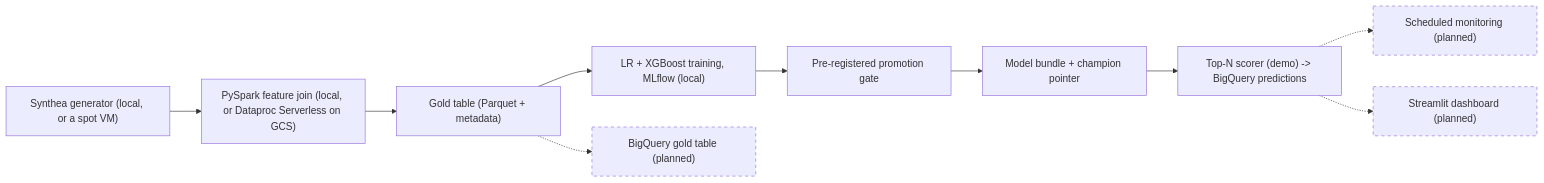
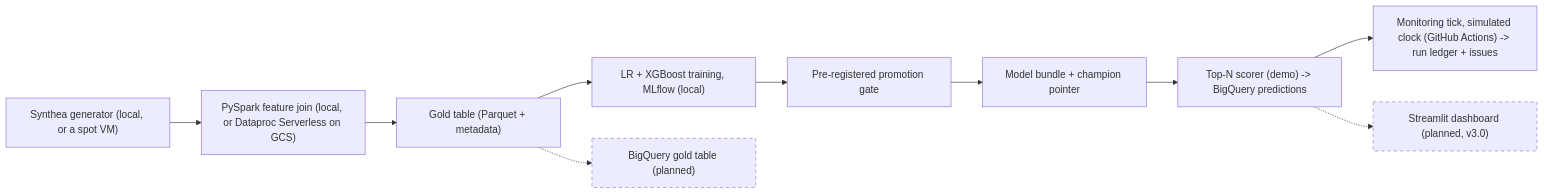
Before and after one commit to fma00/synthea-readmission-risk: the diagram in README.md, drawn with Mermaid. The commit also changed other lines of this file and 82 other files, not shown here.

````diff
--- a/README.md
+++ b/README.md
@@ -47,14 +47,14 @@
 ```mermaid
 flowchart LR
   A["Synthea generator (local, or a spot VM)"] --> B["PySpark feature join (local, or Dataproc Serverless on GCS)"]
   B --> C["Gold table (Parquet + metadata)"]
   C --> D["LR + XGBoost training, MLflow (local)"]
   D --> P["Pre-registered promotion gate"]
   P --> E["Model bundle + champion pointer"]
   E --> S["Top-N scorer (demo) -> BigQuery predictions"]
   C -.-> G["BigQuery gold table (planned)"]
-  S -.-> M["Scheduled monitoring (planned)"]
-  S -.-> H["Streamlit dashboard (planned)"]
+  S --> M["Monitoring tick, simulated clock (GitHub Actions) -> run ledger + issues"]
+  S -.-> H["Streamlit dashboard (planned, v3.0)"]
   classDef planned stroke-dasharray:5 5
-  class G,M,H planned
+  class G,H planned
 ```
````
